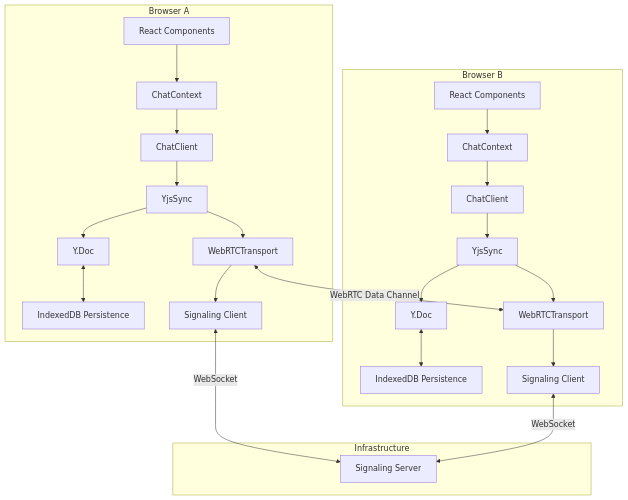
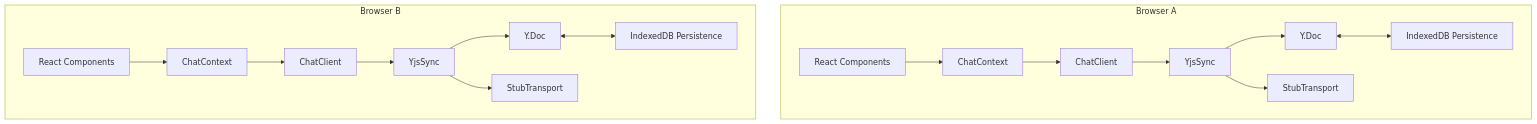
One commit to jhead/lanscape changed the diagram in docs/chat.md. Above: the diagram before and after it, drawn with Mermaid. The commit also changed other lines of this file and 24 other files, not shown here.

````diff
--- a/docs/chat.md
+++ b/docs/chat.md
@@ -7,41 +7,30 @@
 ```mermaid
 graph TB
     subgraph "Browser A"
         UI_A[React Components]
         CTX_A[ChatContext]
         CLIENT_A[ChatClient]
         SYNC_A[YjsSync]
         YDOC_A[Y.Doc]
         IDB_A[IndexedDB Persistence]
-        TRANSPORT_A[WebRTCTransport]
-        SIG_A[Signaling Client]
+        TRANSPORT_A[StubTransport]
     end
 
     subgraph "Browser B"
         UI_B[React Components]
         CTX_B[ChatContext]
         CLIENT_B[ChatClient]
         SYNC_B[YjsSync]
         YDOC_B[Y.Doc]
         IDB_B[IndexedDB Persistence]
-        TRANSPORT_B[WebRTCTransport]
-        SIG_B[Signaling Client]
-    end
-
-    subgraph "Infrastructure"
-        SIG_SERVER[Signaling Server]
+        TRANSPORT_B[StubTransport]
     end
 
     UI_A --> CTX_A --> CLIENT_A --> SYNC_A --> YDOC_A
     YDOC_A <--> IDB_A
-    SYNC_A --> TRANSPORT_A --> SIG_A
+    SYNC_A --> TRANSPORT_A
     
     UI_B --> CTX_B --> CLIENT_B --> SYNC_B --> YDOC_B
     YDOC_B <--> IDB_B
-    SYNC_B --> TRANSPORT_B --> SIG_B
-
-    SIG_A <-->|WebSocket| SIG_SERVER
-    SIG_B <-->|WebSocket| SIG_SERVER
-    
-    TRANSPORT_A <-->|WebRTC Data Channel| TRANSPORT_B
+    SYNC_B --> TRANSPORT_B
 ```
````
